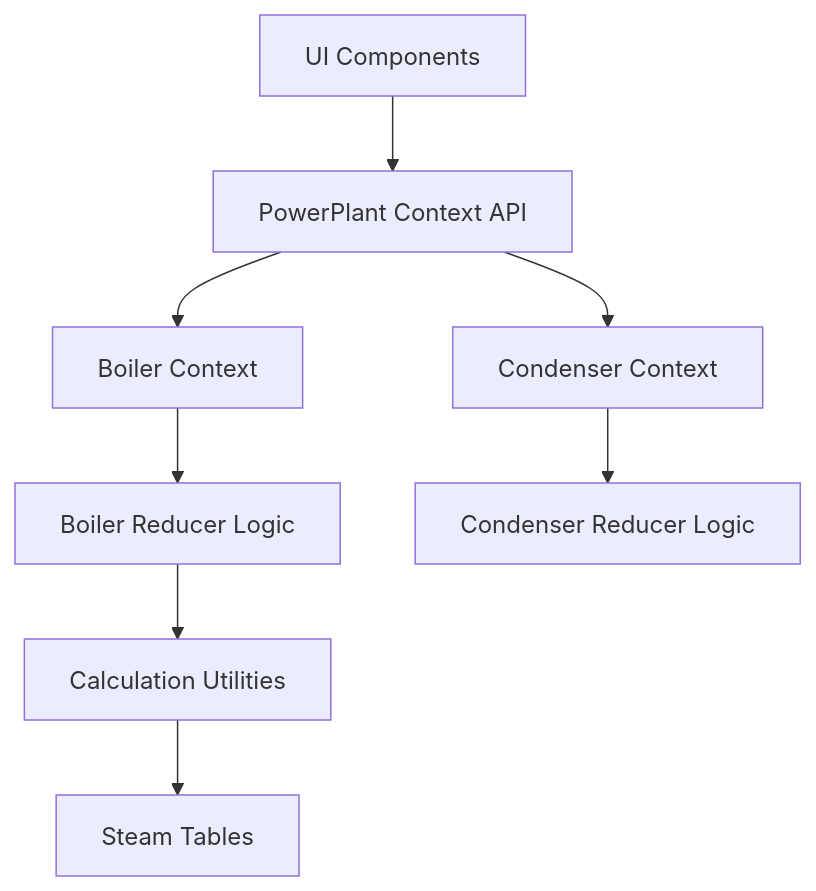
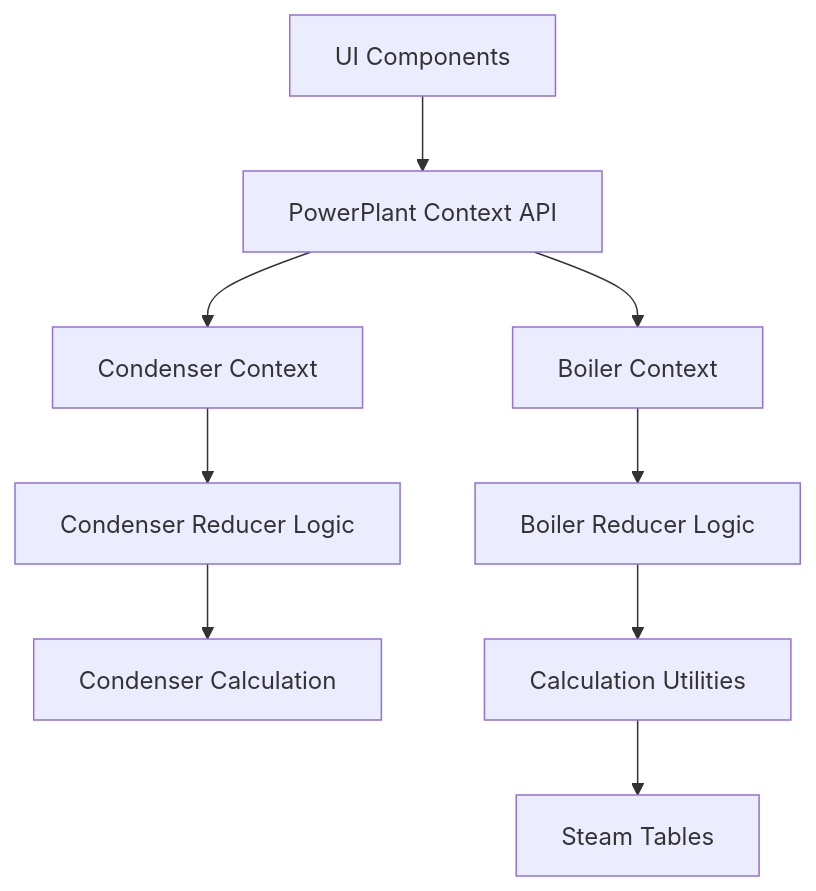
One commit to NarubyRiverlione/steamboiler changed the first of 4 diagrams in memory-bank/systemPatterns.md. Above: the diagram before and after it, drawn with Mermaid. The commit also changed 20 other files, not shown here.

````diff
--- a/memory-bank/systemPatterns.md
+++ b/memory-bank/systemPatterns.md
@@ -7,10 +7,11 @@
 ```mermaid
 flowchart TD
     UI[UI Components] --> PowerPlantContext[PowerPlant Context API]
     PowerPlantContext --> BoilerContext[Boiler Context]
     PowerPlantContext --> CondenserContext[Condenser Context]
     BoilerContext --> BoilerReducer[Boiler Reducer Logic]
     CondenserContext --> CondenserReducer[Condenser Reducer Logic]
+    CondenserReducer --> CondenserCalculation[Condenser Calculation]
     BoilerReducer --> Calculations[Calculation Utilities]
     Calculations --> SteamTables[Steam Tables]
 ```
````
